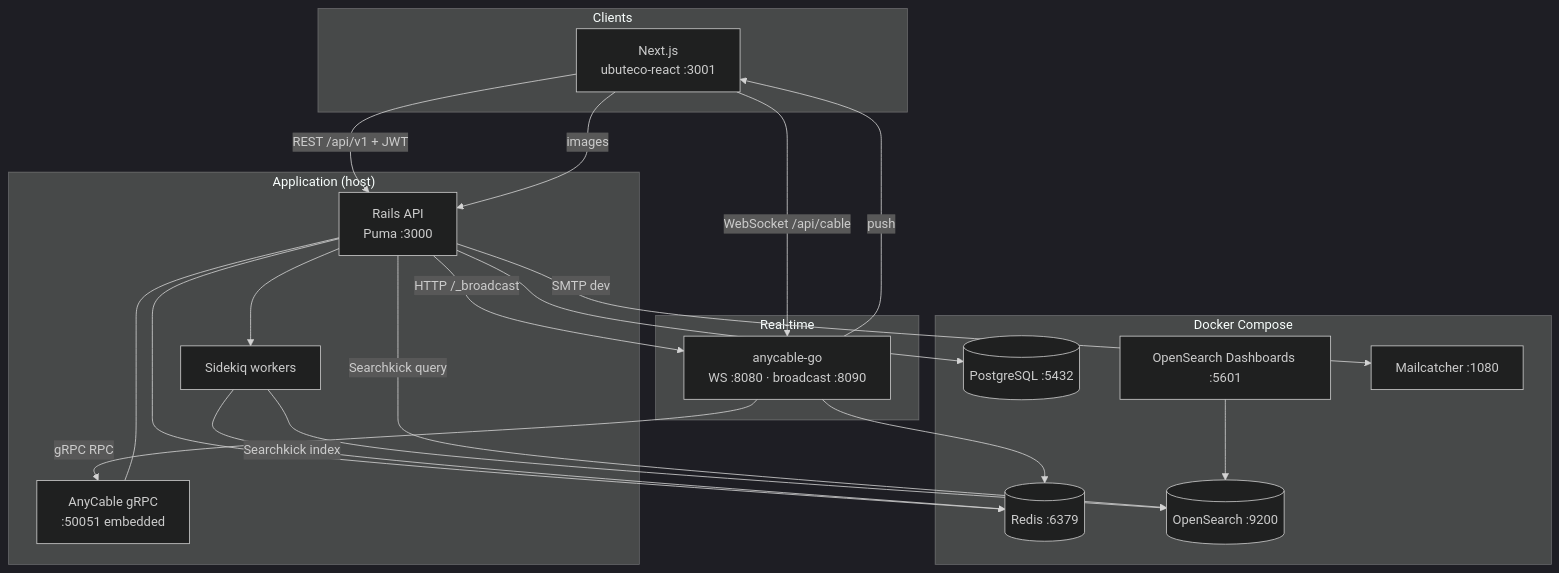
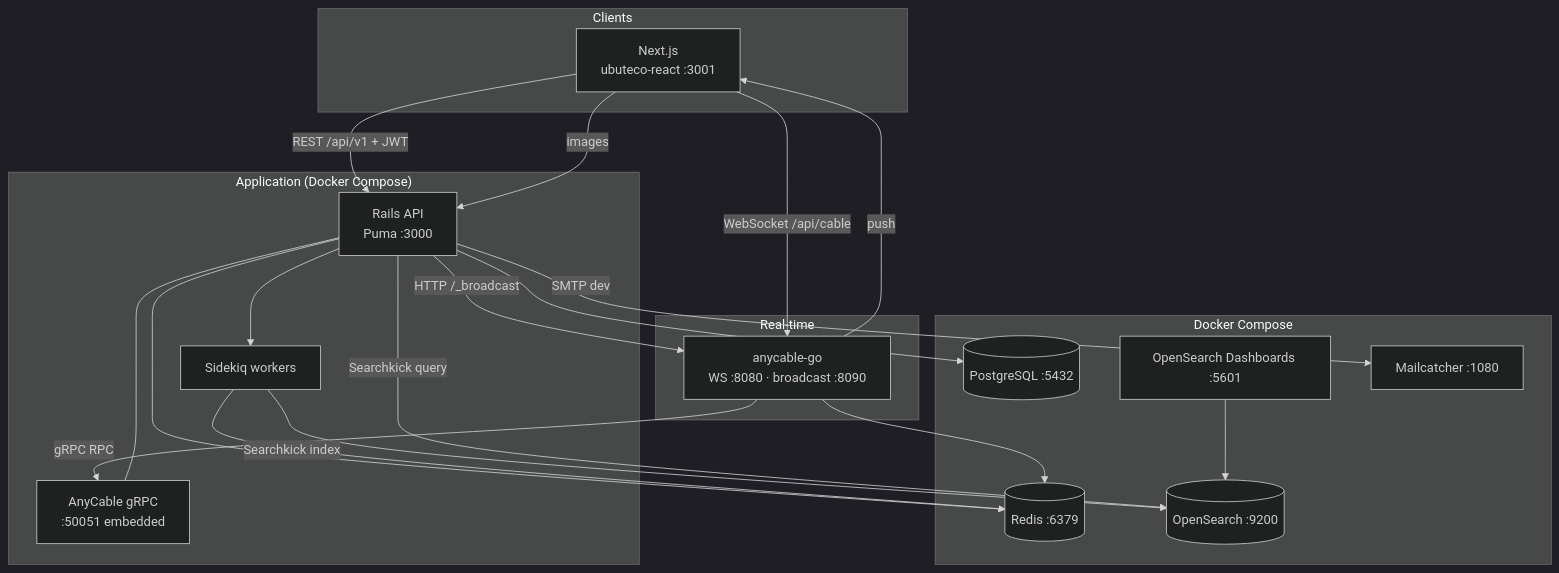
One commit to Sartori-RIA/ubuteco_api changed the diagram in README.md. Above: the diagram before and after it, drawn with Mermaid (dark theme). The commit also changed other lines of this file and 26 other files, not shown here.

````diff
--- a/README.md
+++ b/README.md
@@ -54,43 +56,43 @@
 ```mermaid
 flowchart TB
   subgraph clients["Clients"]
     NEXT["Next.js\nubuteco-react :3001"]
   end
 
-  subgraph app["Application (host)"]
+  subgraph app["Application (Docker Compose)"]
     RAILS["Rails API\nPuma :3000"]
     SIDEKIQ["Sidekiq workers"]
     GRPC["AnyCable gRPC\n:50051 embedded"]
   end
 
   subgraph realtime["Real-time"]
     AC["anycable-go\nWS :8080 · broadcast :8090"]
   end
 
   subgraph docker["Docker Compose"]
     PG[(PostgreSQL :5432)]
     REDIS[(Redis :6379)]
     OS1[(OpenSearch :9200)]
     OSD["OpenSearch Dashboards :5601"]
     MAIL["Mailcatcher :1080"]
   end
 
   NEXT -->|"REST /api/v1 + JWT"| RAILS
   NEXT -->|"images"| RAILS
   NEXT -->|"WebSocket /api/cable"| AC
 
   AC -->|"gRPC RPC"| GRPC
   GRPC --- RAILS
   RAILS -->|"HTTP /_broadcast"| AC
   AC -->|"push"| NEXT
 
   RAILS --> PG
   RAILS --> REDIS
   SIDEKIQ --> REDIS
   RAILS --> SIDEKIQ
   SIDEKIQ -->|"Searchkick index"| OS1
   RAILS -->|"Searchkick query"| OS1
   RAILS -->|"SMTP dev"| MAIL
   OSD --> OS1
   AC --> REDIS
 ```
````
